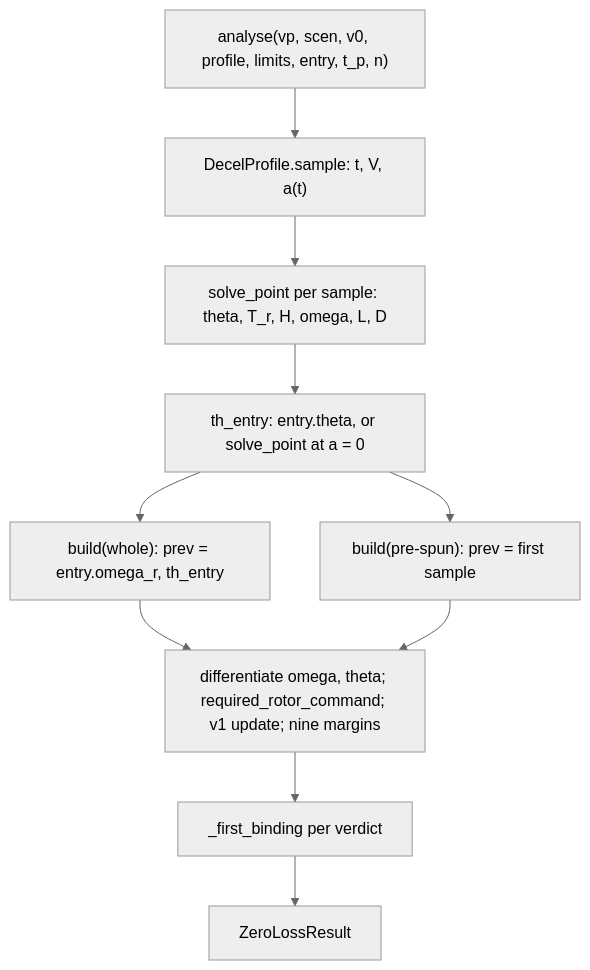
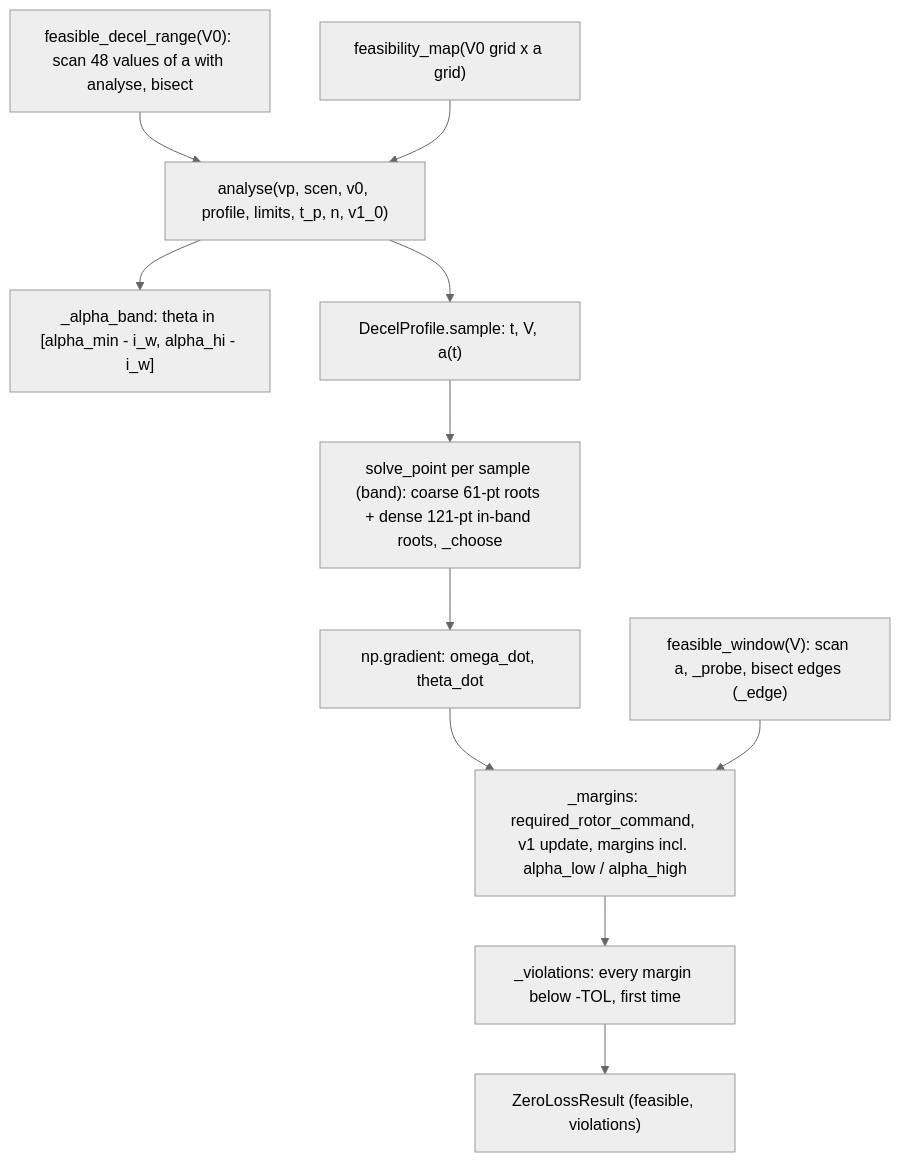
The diagram in docs/zero_loss.py.md (harshabose/sagetrans), drawn with Mermaid (neutral theme) before and after one commit. The commit also changed other lines of this file, not shown here.

First line of the commit message:
Update docs/zero_loss.py.md notes

````diff
--- a/docs/zero_loss.py.md
+++ b/docs/zero_loss.py.md
@@ -55,12 +81,13 @@
 ```mermaid
 flowchart TD
-    AN["analyse(vp, scen, v0, profile, limits, entry, t_p, n)"] --> SM["DecelProfile.sample: t, V, a(t)"]
-    SM --> SP["solve_point per sample: theta, T_r, H, omega, L, D"]
-    SP --> EN["th_entry: entry.theta, or solve_point at a = 0"]
-    EN --> B1["build(whole): prev = entry.omega_r, th_entry"]
-    EN --> B2["build(pre-spun): prev = first sample"]
-    B1 --> M["differentiate omega, theta; required_rotor_command; v1 update; nine margins"]
-    B2 --> M
-    M --> FB["_first_binding per verdict"]
-    FB --> RES["ZeroLossResult"]
+    AN["analyse(vp, scen, v0, profile, limits, t_p, n, v1_0)"] --> BD["_alpha_band: theta in [alpha_min - i_w, alpha_hi - i_w]"]
+    AN --> SM["DecelProfile.sample: t, V, a(t)"]
+    SM --> SP["solve_point per sample (band): coarse 61-pt roots + dense 121-pt in-band roots, _choose"]
+    SP --> DV["np.gradient: omega_dot, theta_dot"]
+    DV --> M["_margins: required_rotor_command, v1 update, margins incl. alpha_low / alpha_high"]
+    M --> VI["_violations: every margin below -TOL, first time"]
+    VI --> RES["ZeroLossResult (feasible, violations)"]
+    FW["feasible_window(V): scan a, _probe, bisect edges (_edge)"] --> M
+    FD["feasible_decel_range(V0): scan 48 values of a with analyse, bisect"] --> AN
+    FM["feasibility_map(V0 grid x a grid)"] --> AN
 ```
````
